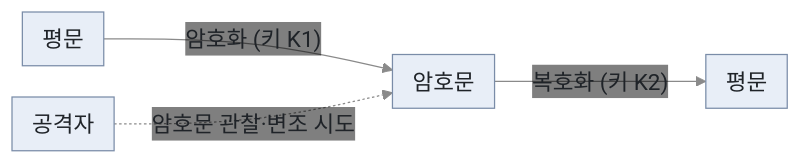
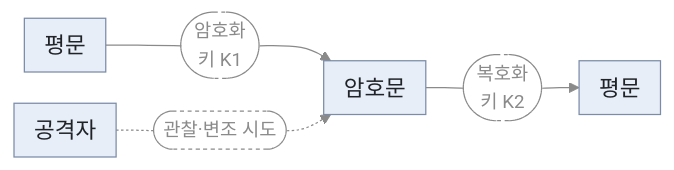
One commit to secututor/security-knowledge-base changed the first of 2 diagrams in security-fundamentals/cryptography/cryptography-overview.md. Above: the diagram before and after it, drawn with Mermaid. The commit also changed other lines of this file and 27 other files, not shown here.

Commit message:
docs: Mermaid 설명형 화살표 라벨을 보조 노드로 분리, 짧은 라벨 상자 복원

````diff
--- a/security-fundamentals/cryptography/cryptography-overview.md
+++ b/security-fundamentals/cryptography/cryptography-overview.md
@@ -32,7 +32,9 @@
 ```mermaid
-%%{init: {"theme": "base", "themeVariables": {"fontSize": "18px", "primaryColor": "#e8eef7", "primaryTextColor": "#1f2328", "primaryBorderColor": "#7a8ca8", "secondaryColor": "#eef1f5", "tertiaryColor": "#f5f7fa", "lineColor": "#8a8a8a", "edgeLabelBackground": "transparent", "textColor": "#8a8a8a", "transitionLabelColor": "#8a8a8a", "clusterBkg": "#f5f7fa", "clusterBorder": "#7a8ca8", "actorBkg": "#e8eef7", "actorBorder": "#7a8ca8", "actorTextColor": "#1f2328", "actorLineColor": "#8a8a8a", "signalColor": "#8a8a8a", "signalTextColor": "#8a8a8a", "noteBkgColor": "#fff8dc", "noteTextColor": "#1f2328", "noteBorderColor": "#c9b458"}, "flowchart": {"nodeSpacing": 25, "rankSpacing": 60, "padding": 8}, "sequence": {"width": 110, "height": 40, "boxMargin": 6, "noteMargin": 6, "actorMargin": 40}}}%%
+%%{init: {"theme": "base", "themeVariables": {"fontSize": "18px", "primaryColor": "#e8eef7", "primaryTextColor": "#1f2328", "primaryBorderColor": "#7a8ca8", "secondaryColor": "#eef1f5", "tertiaryColor": "#f5f7fa", "lineColor": "#8a8a8a", "edgeLabelBackground": "#eef1f5", "clusterBkg": "#f5f7fa", "clusterBorder": "#7a8ca8", "actorBkg": "#e8eef7", "actorBorder": "#7a8ca8", "actorTextColor": "#1f2328", "actorLineColor": "#8a8a8a", "signalColor": "#8a8a8a", "signalTextColor": "#8a8a8a", "noteBkgColor": "#fff8dc", "noteTextColor": "#1f2328", "noteBorderColor": "#c9b458"}, "flowchart": {"nodeSpacing": 25, "rankSpacing": 30, "padding": 8}, "sequence": {"width": 110, "height": 40, "boxMargin": 6, "noteMargin": 6, "actorMargin": 40}}}%%
 flowchart LR
-    P["평문"] -->|"암호화 (키 K1)"| C["암호문"]
-    C -->|"복호화 (키 K2)"| P2["평문"]
-    ADV["공격자"] -.->|"암호문 관찰·변조 시도"| C
+    P["평문"] --- E1(["암호화<br>키 K1"]) --> C["암호문"]
+    C --- D1(["복호화<br>키 K2"]) --> P2["평문"]
+    ADV["공격자"] -.- O1(["관찰·변조 시도"]) -.-> C
+    classDef aux fill:transparent,stroke:#8a8a8a,stroke-dasharray:3 3,color:#8a8a8a,font-size:15px
+    class E1,D1,O1 aux
 ```
````
